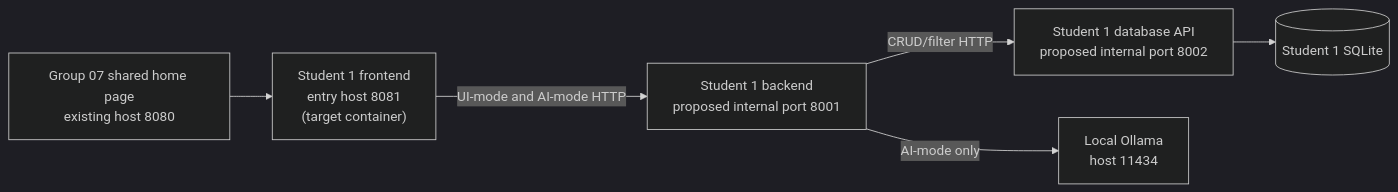
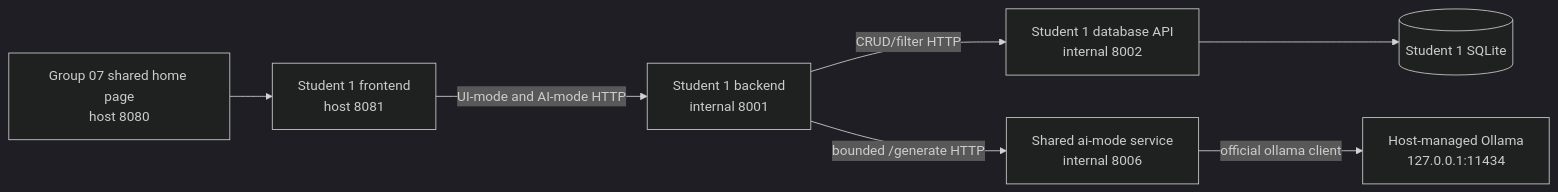
One commit to JulianKirk/TripGenie changed the diagram in docs/architecture/student-1-release-0-architecture.md. Above: the diagram before and after it, drawn with Mermaid (dark theme). The commit also changed other lines of this file and 38 other files, not shown here.

First line of the commit message:
feat: share release 0 AI mode service (#23)

````diff
--- a/docs/architecture/student-1-release-0-architecture.md
+++ b/docs/architecture/student-1-release-0-architecture.md
@@ -36,8 +31,9 @@
 ```mermaid
 flowchart LR
-    Shared["Group 07 shared home page\nexisting host 8080"] --> Front["Student 1 frontend\nentry host 8081\n(target container)"]
-    Front -->|UI-mode and AI-mode HTTP| Back["Student 1 backend\nproposed internal port 8001"]
-    Back -->|CRUD/filter HTTP| Db["Student 1 database API\nproposed internal port 8002"]
+    Shared["Group 07 shared home page\nhost 8080"] --> Front["Student 1 frontend\nhost 8081"]
+    Front -->|UI-mode and AI-mode HTTP| Back["Student 1 backend\ninternal 8001"]
+    Back -->|CRUD/filter HTTP| Db["Student 1 database API\ninternal 8002"]
     Db --> Sqlite[("Student 1 SQLite")]
-    Back -->|AI-mode only| Ollama["Local Ollama\nhost 11434"]
+    Back -->|bounded /generate HTTP| AiMode["Shared ai-mode service\ninternal 8006"]
+    AiMode -->|official ollama client| Ollama["Host-managed Ollama\n127.0.0.1:11434"]
 ```
````
